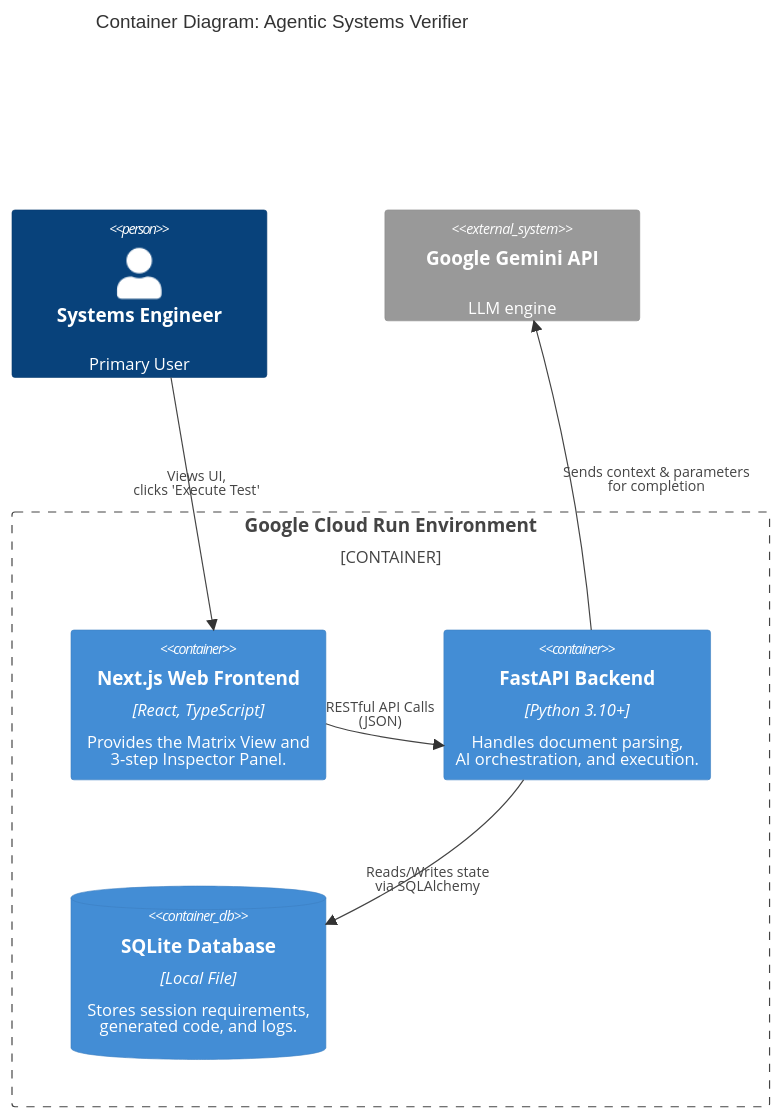
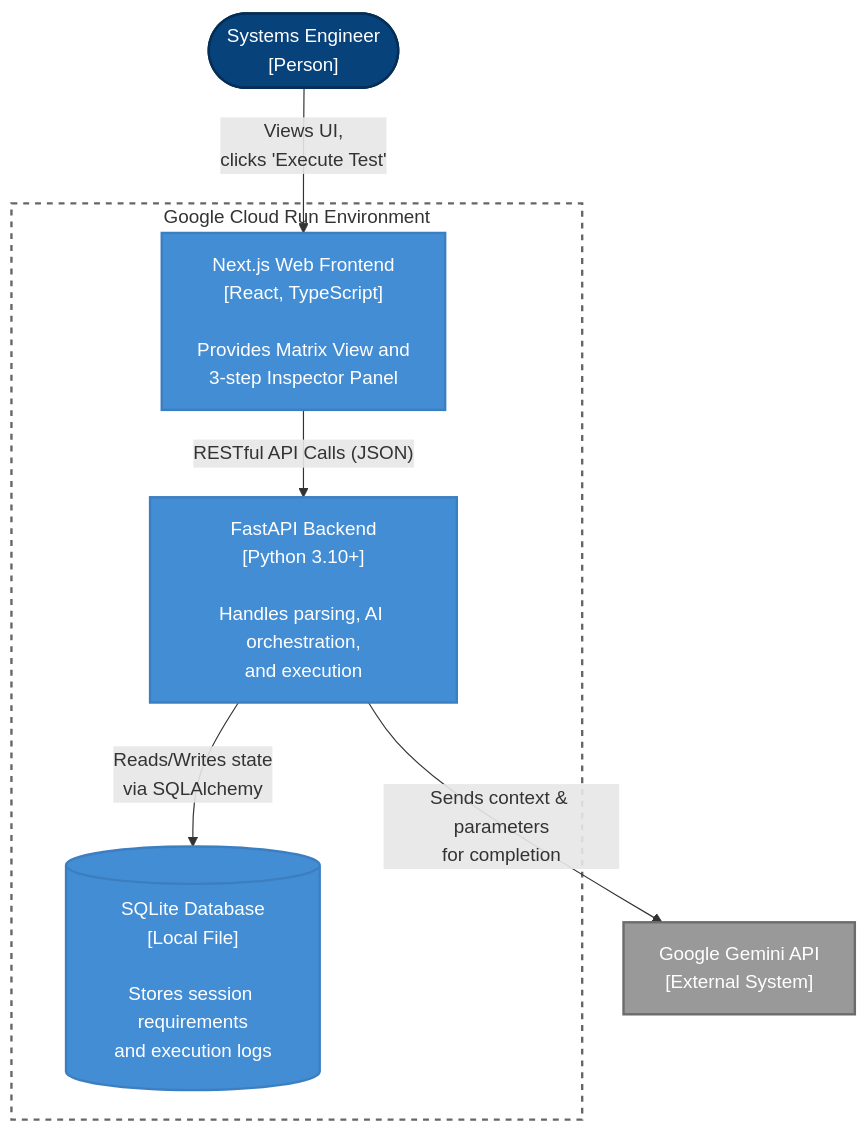
Before and after one commit to camirian/agentic-systems-verifier: the diagram in WALKTHROUGH.md, drawn with Mermaid. The commit also changed 1 other file, not shown here.

Commit message:
docs: Completely refactor C4 Mermaid diagrams into native Flowchart TD to cure edge label overlap bugs

````diff
--- a/WALKTHROUGH.md
+++ b/WALKTHROUGH.md
@@ -114,23 +114,23 @@
 ```mermaid
-C4Container
-    title Container Diagram: Agentic Systems Verifier
+flowchart TD
+    classDef person fill:#08427b,color:#fff,stroke:#052e56,stroke-width:2px
+    classDef container fill:#438dd5,color:#fff,stroke:#3c7fc0,stroke-width:2px
+    classDef ext_system fill:#999999,color:#fff,stroke:#6b6b6b,stroke-width:2px
+    classDef db fill:#438dd5,color:#fff,stroke:#3c7fc0,stroke-width:2px
 
-    Person(SysEng, "Systems Engineer", "Primary User")
+    SysEng(["Systems Engineer<br>[Person]"]):::person
+    GeminiAPI["Google Gemini API<br>[External System]"]:::ext_system
 
-    Container_Boundary(CloudRun, "Google Cloud Run Environment") {
-        Container(Frontend, "Next.js Web Frontend", "React, TypeScript", "Provides the Matrix View and<br>3-step Inspector Panel.")
-        Container(Backend, "FastAPI Backend", "Python 3.10+", "Handles document parsing,<br>AI orchestration, and execution.")
-        ContainerDb(Database, "SQLite Database", "Local File", "Stores session requirements,<br>generated code, and logs.")
-    }
+    subgraph CloudRun ["Google Cloud Run Environment"]
+        Frontend["Next.js Web Frontend<br>[React, TypeScript]<br><br>Provides Matrix View and<br>3-step Inspector Panel"]:::container
+        Backend["FastAPI Backend<br>[Python 3.10+]<br><br>Handles parsing, AI orchestration,<br>and execution"]:::container
+        Database[("SQLite Database<br>[Local File]<br><br>Stores session requirements<br>and execution logs")]:::db
+    end
 
-    System_Ext(GeminiAPI, "Google Gemini API", "LLM engine")
-
-    Rel(SysEng, Frontend, "Views UI,<br>clicks 'Execute Test'")
-    Rel(Frontend, Backend, "RESTful API Calls<br>(JSON)")
-    Rel(Backend, Database, "Reads/Writes state<br>via SQLAlchemy")
-    Rel_R(Backend, GeminiAPI, "Sends context & parameters<br>for completion")
+    SysEng -->|"Views UI,<br>clicks 'Execute Test'"| Frontend
+    Frontend -->|"RESTful API Calls (JSON)"| Backend
+    Backend -->|"Reads/Writes state<br>via SQLAlchemy"| Database
+    Backend -->|"Sends context & parameters<br>for completion"| GeminiAPI
     
-    UpdateRelStyle(SysEng, Frontend, $offsetX="-50", $offsetY="-20")
-    UpdateRelStyle(Frontend, Backend, $offsetX="-50", $offsetY="-20")
-    UpdateRelStyle(Backend, Database, $offsetX="-50", $offsetY="20")
+    style CloudRun fill:none,stroke:#666,stroke-width:2px,stroke-dasharray: 5 5
 ```
````
